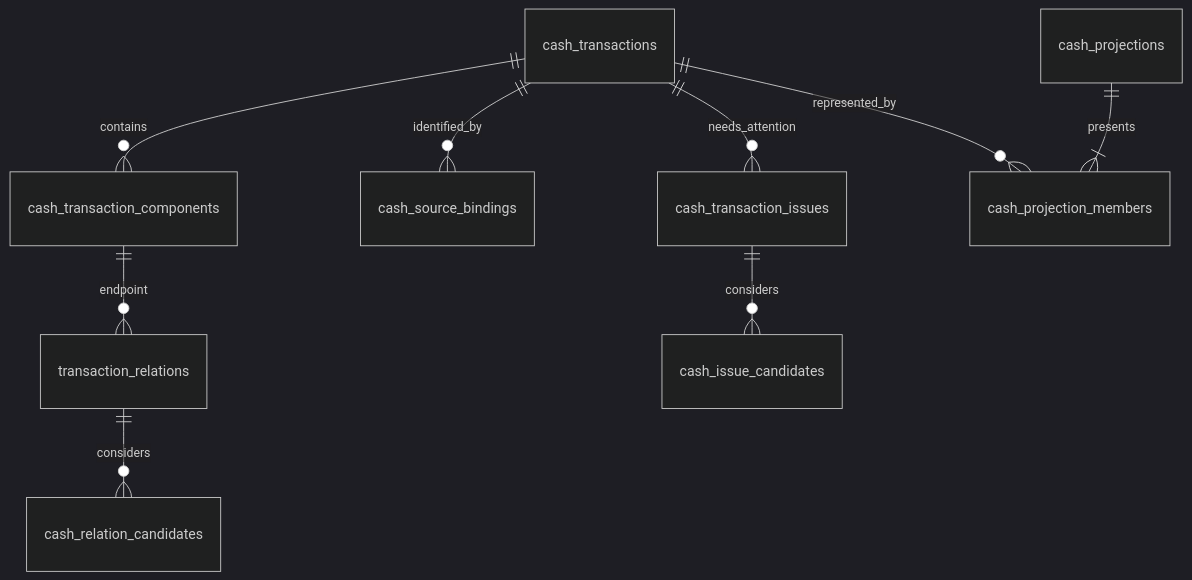
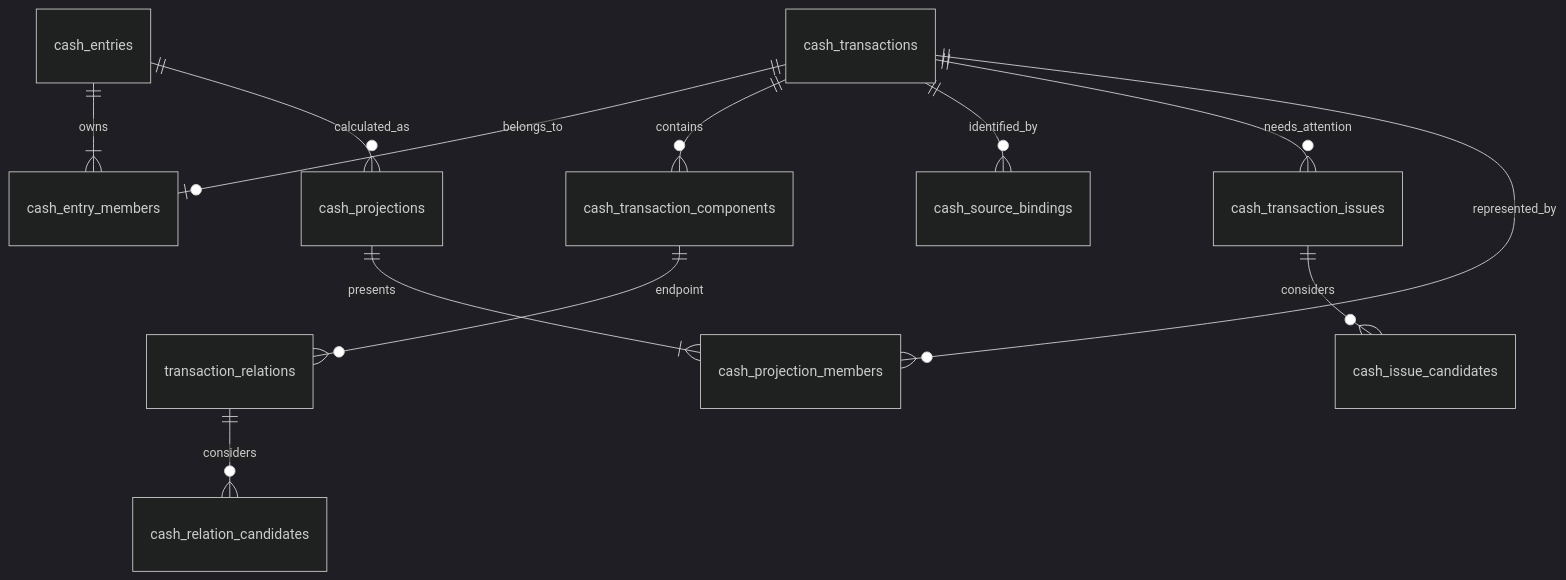
The diagram in docs/cash-import-redesign-contracts.md (ssttkkl/finance-tracker), drawn with Mermaid (dark theme) before and after one commit. The commit also changed other lines of this file and 96 other files, not shown here.

Commit message:
feat: enforce cash entry editing and origin rules

````diff
--- a/docs/cash-import-redesign-contracts.md
+++ b/docs/cash-import-redesign-contracts.md
@@ -452,11 +456,14 @@
 ```mermaid
 erDiagram
+    cash_entries ||--|{ cash_entry_members : owns
+    cash_transactions ||--o| cash_entry_members : belongs_to
+    cash_entries ||--o{ cash_projections : calculated_as
     cash_transactions ||--o{ cash_transaction_components : contains
     cash_transactions ||--o{ cash_source_bindings : identified_by
     cash_transactions ||--o{ cash_transaction_issues : needs_attention
     cash_transaction_issues ||--o{ cash_issue_candidates : considers
     transaction_relations ||--o{ cash_relation_candidates : considers
     cash_transaction_components ||--o{ transaction_relations : endpoint
     cash_projections ||--|{ cash_projection_members : presents
     cash_transactions ||--o{ cash_projection_members : represented_by
 ```
````
